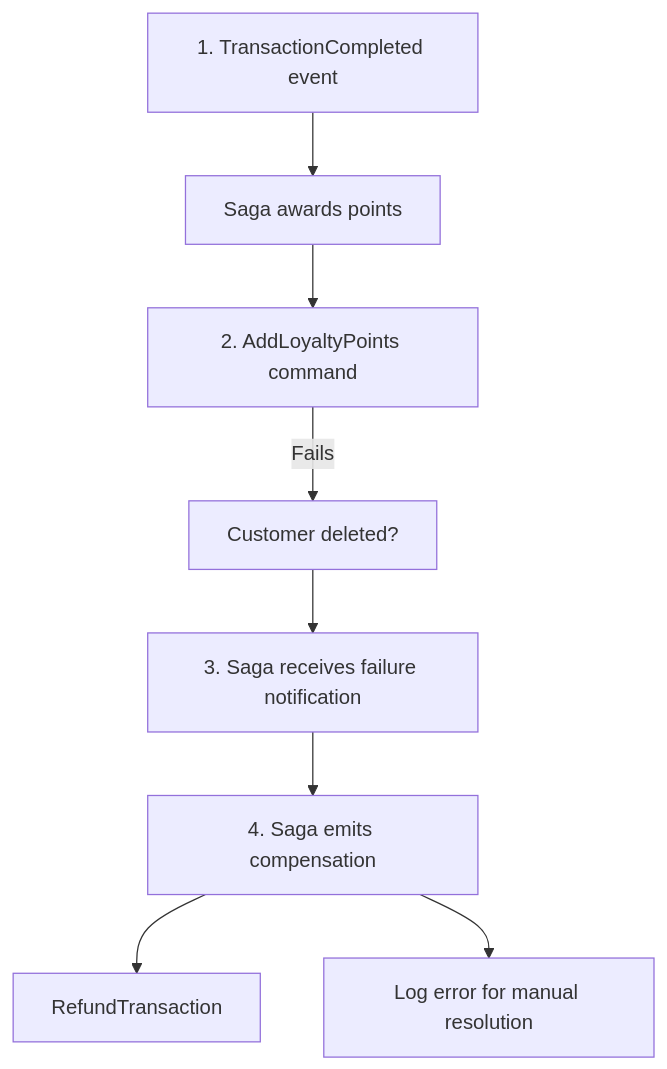
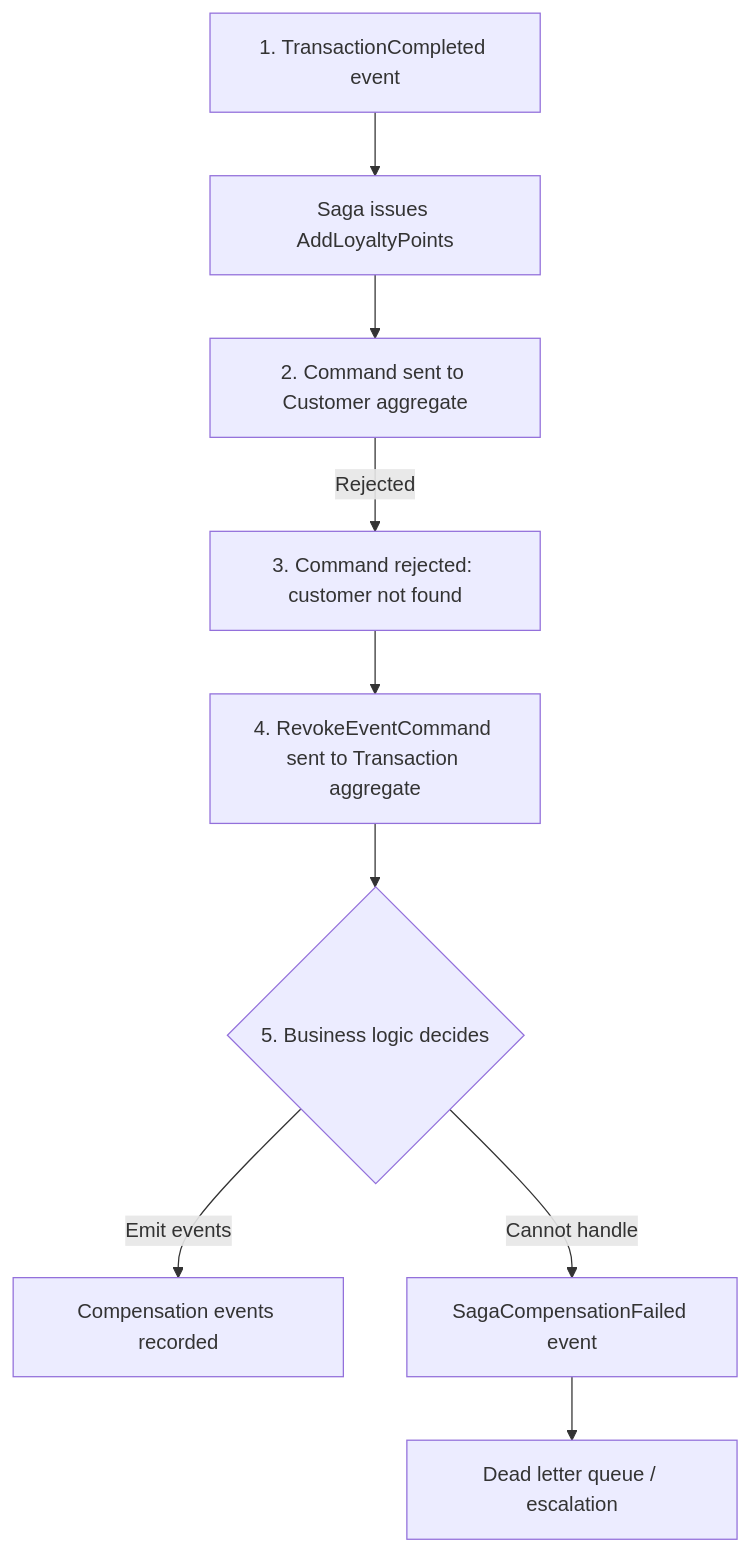
One commit to benjaminabbitt/angzarr changed the fourth of 5 diagrams in docs/sagas.md. Above: the diagram before and after it, drawn with Mermaid. The commit also changed other lines of this file and 256 other files, not shown here.

````diff
--- a/docs/sagas.md
+++ b/docs/sagas.md
@@ -432,10 +502,11 @@
 ```mermaid
 flowchart TD
-    E1[1. TransactionCompleted event] --> S[Saga awards points]
-    S --> C[2. AddLoyaltyPoints command]
-    C -->|Fails| F[Customer deleted?]
-    F --> N[3. Saga receives failure notification]
-    N --> Comp[4. Saga emits compensation]
-    Comp --> R1[RefundTransaction]
-    Comp --> R2[Log error for manual resolution]
+    E1[1. TransactionCompleted event] --> S[Saga issues AddLoyaltyPoints]
+    S --> C[2. Command sent to Customer aggregate]
+    C -->|Rejected| R[3. Command rejected: customer not found]
+    R --> Rev[4. RevokeEventCommand sent to Transaction aggregate]
+    Rev --> BL{5. Business logic decides}
+    BL -->|Emit events| Comp[Compensation events recorded]
+    BL -->|Cannot handle| Fall[SagaCompensationFailed event]
+    Fall --> DLQ[Dead letter queue / escalation]
 ```
````
